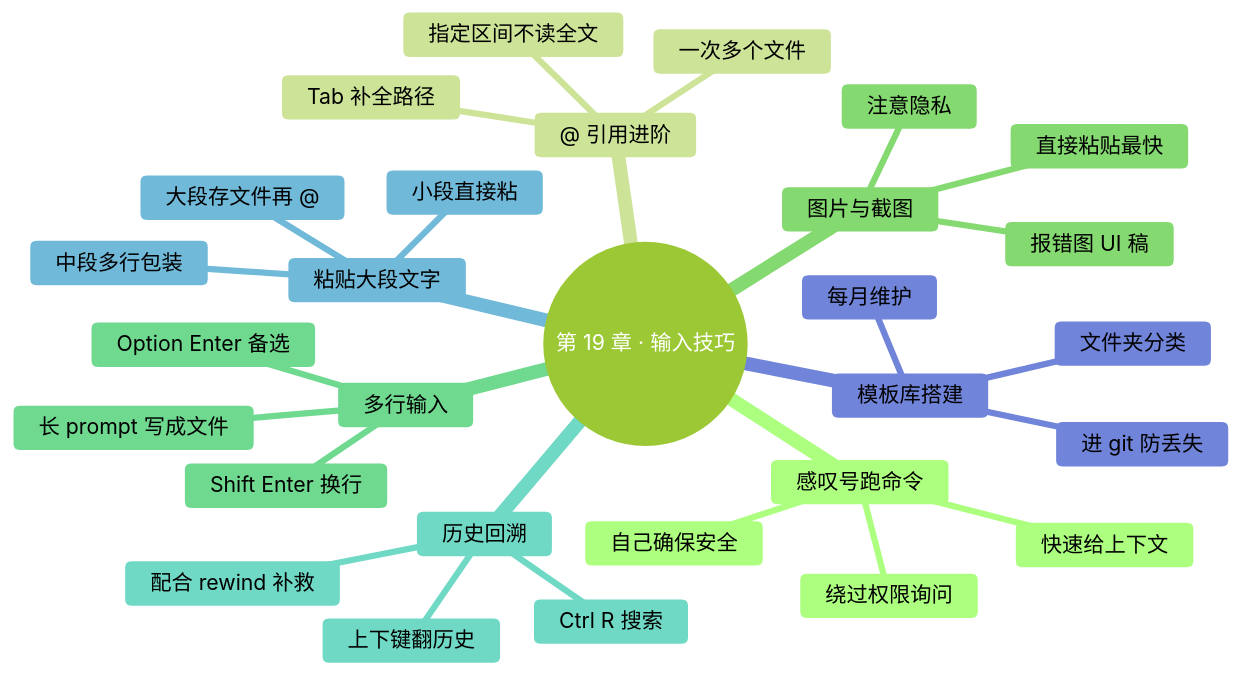
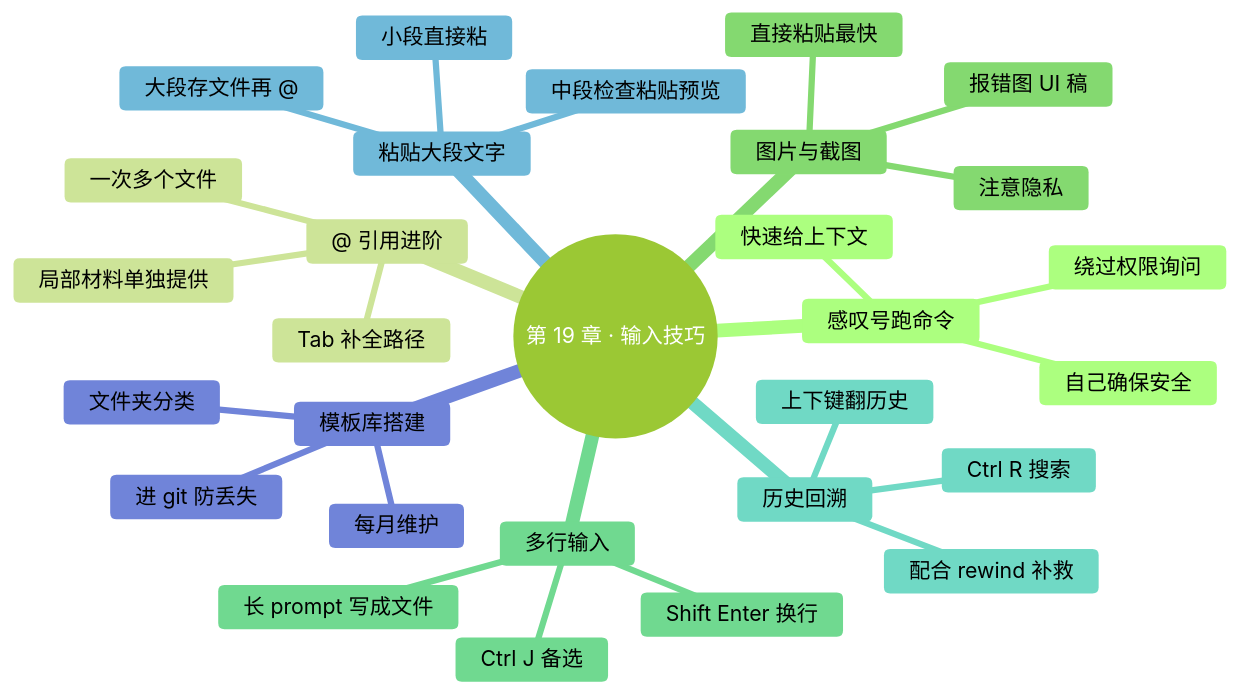
Before and after one commit to mali9527/claude-code-full-guide-for-beginners: the diagram in manuscript/part4-避坑与判断力/19-输入技巧.md, drawn with Mermaid. The commit also changed other lines of this file and 130 other files, not shown here.

````diff
--- a/manuscript/part4-避坑与判断力/19-输入技巧.md
+++ b/manuscript/part4-避坑与判断力/19-输入技巧.md
@@ -20,40 +20,40 @@
 ```mermaid
 ---
 config:
   theme: forest
   themeVariables:
     fontFamily: "-apple-system, 'SF Pro Text', 'PingFang SC', 'Helvetica Neue', sans-serif"
     fontSize: "17px"
     lineColor: "#D9D9D9"
 ---
 mindmap
   root((第 19 章 · 输入技巧))
     感叹号跑命令
       快速给上下文
       绕过权限询问
       自己确保安全
     @ 引用进阶
       Tab 补全路径
       一次多个文件
-      指定区间不读全文
+      局部材料单独提供
     图片与截图
       直接粘贴最快
       报错图 UI 稿
       注意隐私
     多行输入
       Shift Enter 换行
-      Option Enter 备选
+      Ctrl J 备选
       长 prompt 写成文件
     历史回溯
       上下键翻历史
       Ctrl R 搜索
       配合 rewind 补救
     粘贴大段文字
       小段直接粘
-      中段多行包装
+      中段检查粘贴预览
       大段存文件再 @
     模板库搭建
       文件夹分类
       每月维护
       进 git 防丢失
 ```
````
